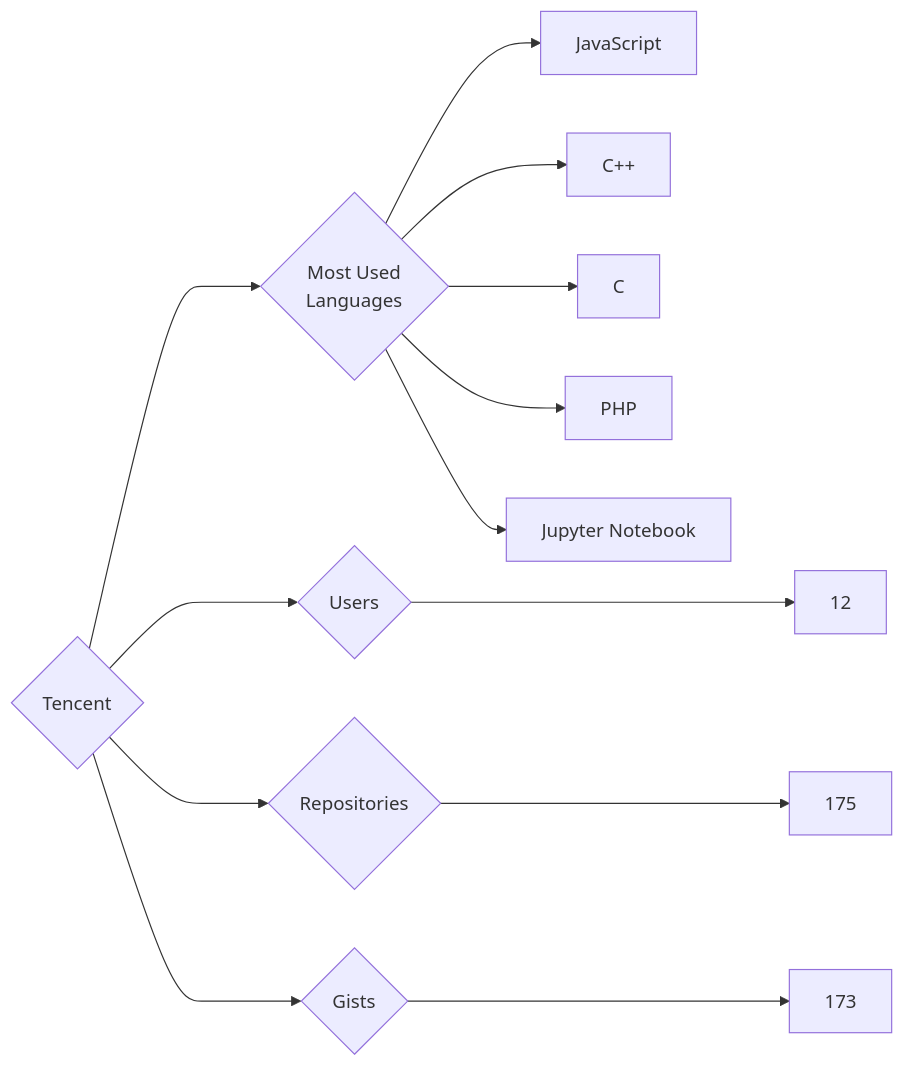
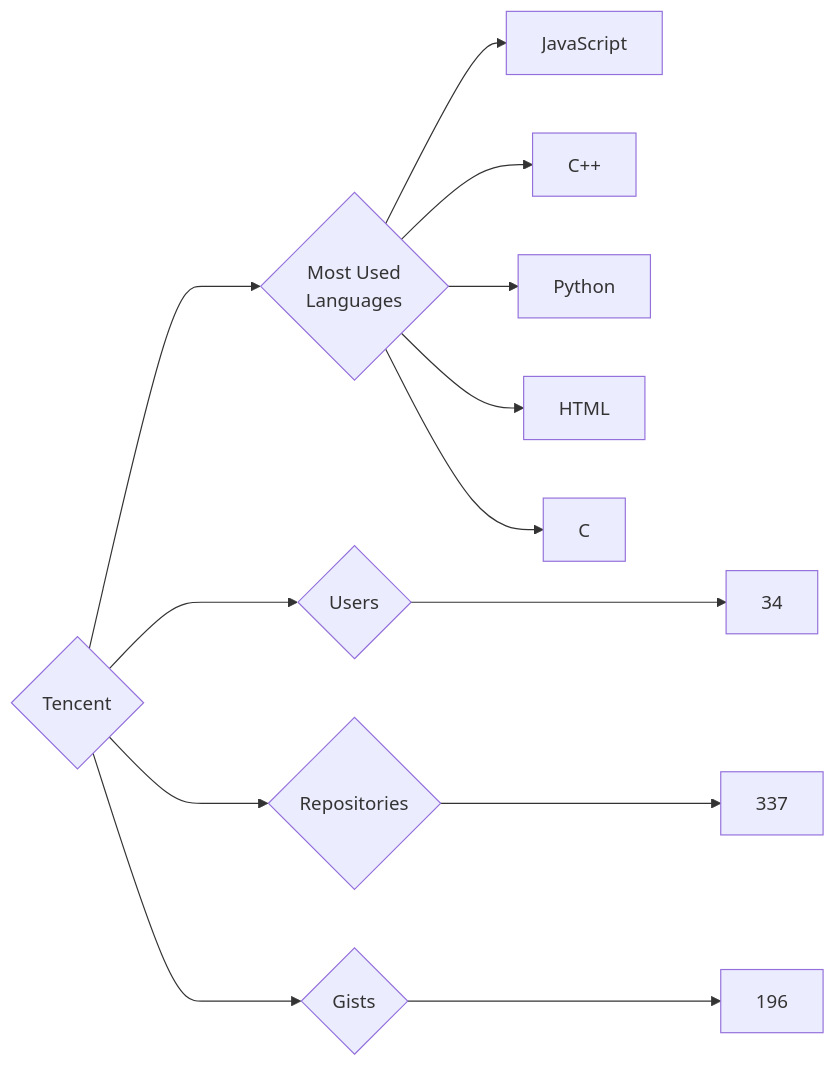
One commit to trickest/insiders changed the diagram in targets/Tencent/README.md. Above: the diagram before and after it, drawn with Mermaid. The commit also changed 898 other files, not shown here.

````diff
--- a/targets/Tencent/README.md
+++ b/targets/Tencent/README.md
@@ -3,13 +3,13 @@
 ```mermaid
 graph LR
 COMPANY_NAME{Tencent}
-COMPANY_NAME ---> U{Users} ---> UN[12]
-COMPANY_NAME ---> R{Repositories} ---> RN[175]
-COMPANY_NAME ---> G{Gists} ---> GN[173]
+COMPANY_NAME ---> U{Users} ---> UN[34]
+COMPANY_NAME ---> R{Repositories} ---> RN[337]
+COMPANY_NAME ---> G{Gists} ---> GN[196]
 COMPANY_NAME ---> ML{Most Used<br>Languages}
 ML --> JavaScript[JavaScript]
 ML --> C++[C++]
+ML --> Python[Python]
+ML --> HTML[HTML]
 ML --> C[C]
-ML --> PHP[PHP]
-ML --> Jupyter_Notebook[Jupyter Notebook]
 ```
````
